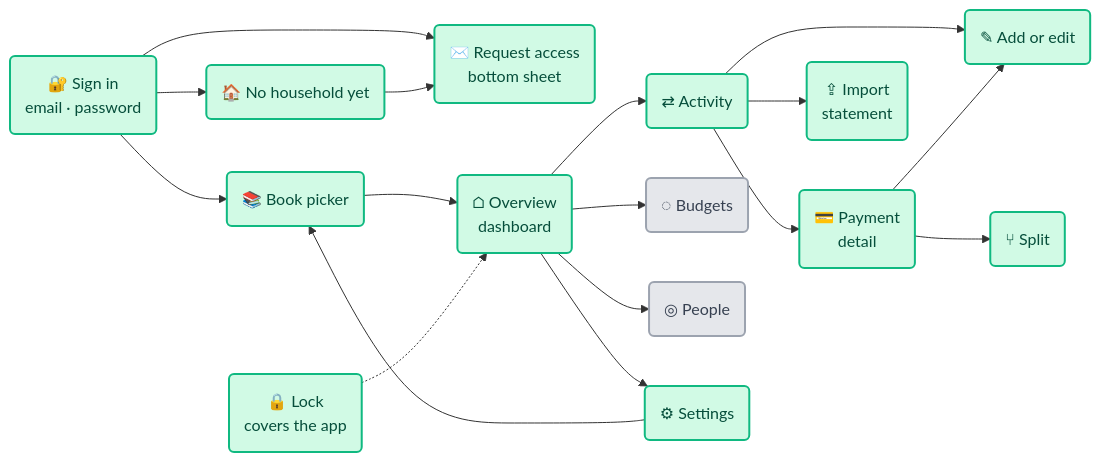
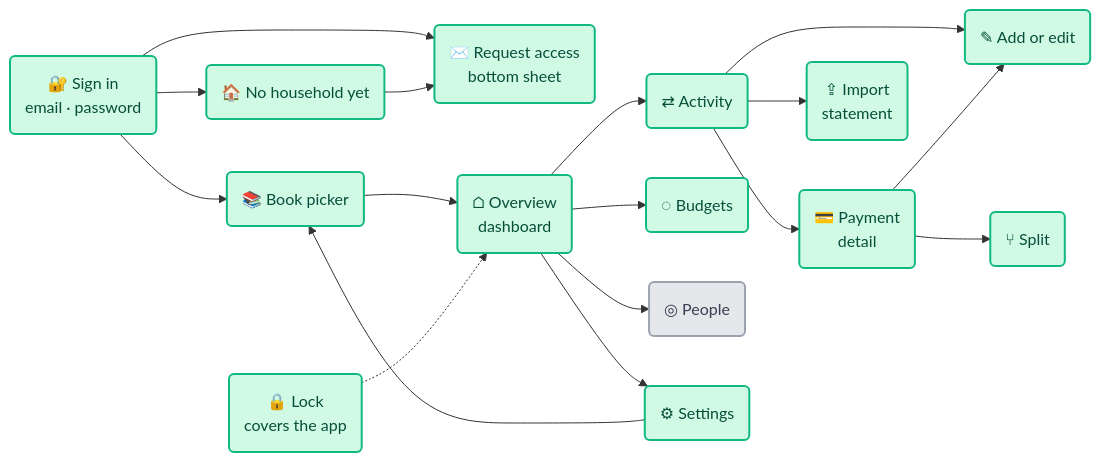
Before and after one commit to EasyLance/paisa: the diagram in Mobile App/docs/design.md, drawn with Mermaid. The commit also changed other lines of this file and 82 other files, not shown here.

````diff
--- a/Mobile App/docs/design.md
+++ b/Mobile App/docs/design.md
@@ -128,39 +128,39 @@
 ```mermaid
 flowchart LR
     SI("🔐 Sign in<br/>email · password")
     RA("✉️ Request access<br/>bottom sheet")
     NH("🏠 No household yet")
     BP("📚 Book picker")
     O("⌂ Overview<br/>dashboard")
     A("⇄ Activity")
     D("💳 Payment<br/>detail")
     F("✎ Add or edit")
     IM("⇪ Import<br/>statement")
     SP("⑂ Split")
     B("◌ Budgets")
     P("◎ People")
     S("⚙ Settings")
     L("🔒 Lock<br/>covers the app")
 
     SI --> RA
     SI --> BP
     SI --> NH
     NH --> RA
     BP --> O
     O --> A
     A --> D
     A --> F
     A --> IM
     D --> F
     D --> SP
     O --> B
     O --> P
     O --> S
     S --> BP
     L -.-> O
 
     classDef built fill:#d1fae5,stroke:#10b981,stroke-width:2px,color:#064e3b
     classDef todo fill:#e5e7eb,stroke:#9ca3af,stroke-width:2px,color:#374151
-    class SI,RA,NH,BP,O,S,L,A,D,F,SP,IM built
-    class B,P todo
+    class SI,RA,NH,BP,O,S,L,A,D,F,SP,IM,B built
+    class P todo
 ```
````
